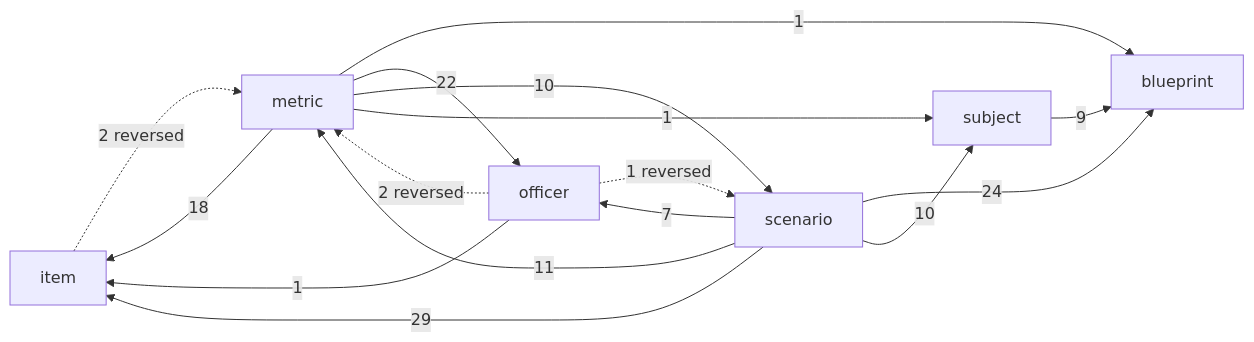
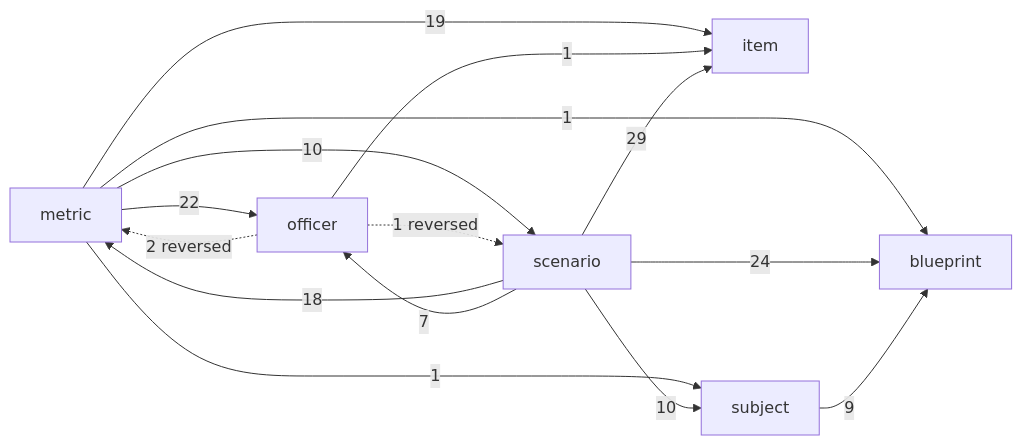
The diagram in docs/architecture.md (geraldmaron/tactically-idle), drawn with Mermaid before and after one commit. The commit also changed other lines of this file and 28 other files, not shown here.

````diff
--- a/docs/architecture.md
+++ b/docs/architecture.md
@@ -40,18 +40,17 @@
 ```mermaid
 flowchart LR
-  item -.->|2 reversed| metric
   metric -->|1| blueprint
-  metric -->|18| item
+  metric -->|19| item
   metric -->|22| officer
   metric -->|10| scenario
   metric -->|1| subject
   officer -->|1| item
   officer -.->|2 reversed| metric
   officer -.->|1 reversed| scenario
   scenario -->|24| blueprint
   scenario -->|29| item
-  scenario -->|11| metric
+  scenario -->|18| metric
   scenario -->|7| officer
   scenario -->|10| subject
   subject -->|9| blueprint
 ```
````
